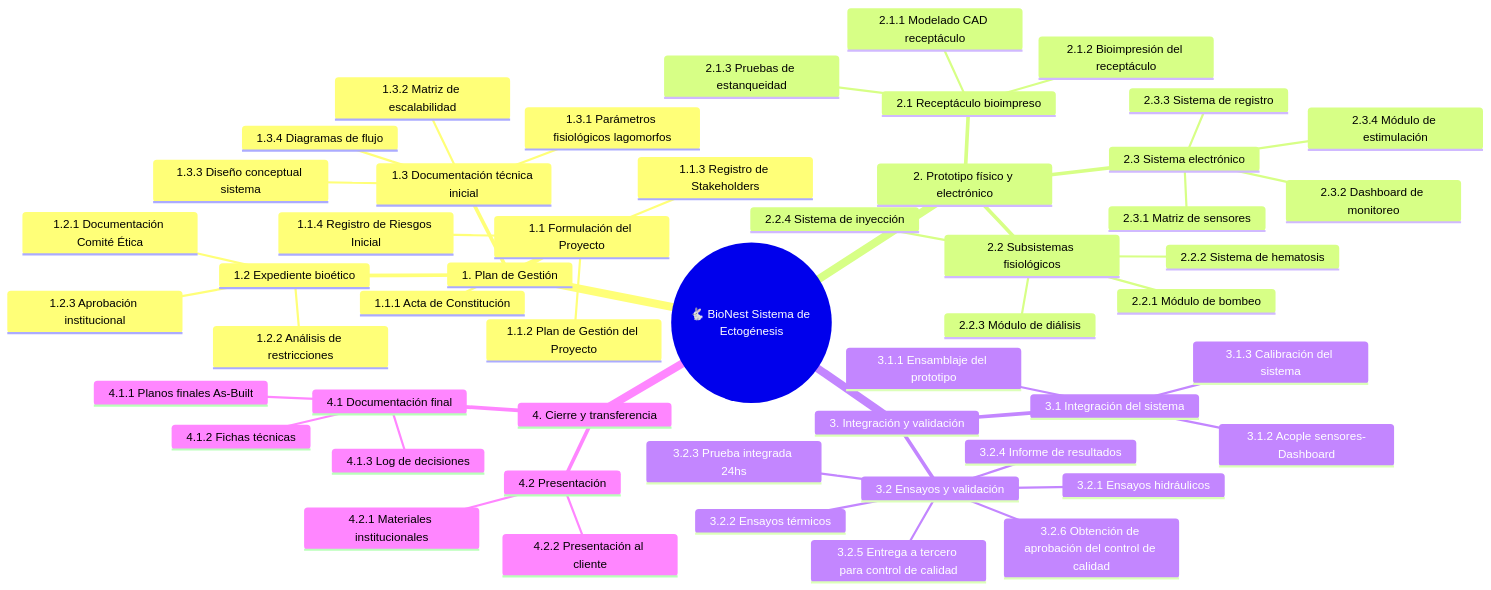
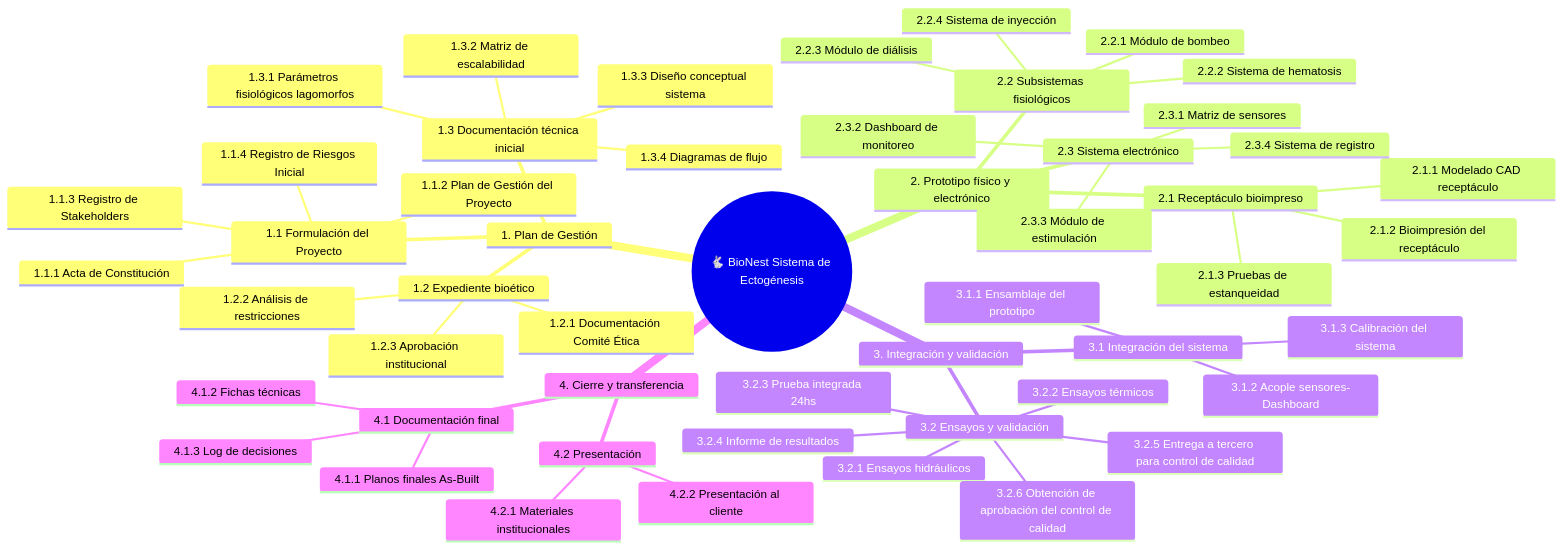
Before and after one commit to sheilariffel/PlandeProyecto_grupo6: the diagram in docs/02-wbs-estimaciones/wbs *.md, drawn with Mermaid. The commit also changed other lines of this file, not shown here.

Commit message:
Reorder tasks in WBS documentation

````diff
--- a/docs/02-wbs-estimaciones/wbs *.md
+++ b/docs/02-wbs-estimaciones/wbs *.md
@@ -5,58 +5,58 @@
 ```mermaid
 mindmap
   root(("🐇 BioNest Sistema de Ectogénesis"))
 
     1. Plan de Gestión
       1.1 Formulación del Proyecto
         1.1.1 Acta de Constitución
         1.1.2 Plan de Gestión del Proyecto
         1.1.3 Registro de Stakeholders
         1.1.4 Registro de Riesgos Inicial
       1.2 Expediente bioético
         1.2.1 Documentación Comité Ética
         1.2.2 Análisis de restricciones
         1.2.3 Aprobación institucional
       1.3 Documentación técnica inicial
         1.3.1 Parámetros fisiológicos lagomorfos
         1.3.2 Matriz de escalabilidad
         1.3.3 Diseño conceptual sistema
         1.3.4 Diagramas de flujo
 
     2. Prototipo físico y electrónico
       2.1 Receptáculo bioimpreso
         2.1.1 Modelado CAD receptáculo
         2.1.2 Bioimpresión del receptáculo
         2.1.3 Pruebas de estanqueidad
       2.2 Subsistemas fisiológicos
         2.2.1 Módulo de bombeo
         2.2.2 Sistema de hematosis
         2.2.3 Módulo de diálisis
         2.2.4 Sistema de inyección
       2.3 Sistema electrónico
         2.3.1 Matriz de sensores
         2.3.2 Dashboard de monitoreo
-        2.3.3 Sistema de registro
-        2.3.4 Módulo de estimulación
+        2.3.3 Módulo de estimulación
+        2.3.4 Sistema de registro
 
     3. Integración y validación
       3.1 Integración del sistema
         3.1.1 Ensamblaje del prototipo
         3.1.2 Acople sensores-Dashboard
         3.1.3 Calibración del sistema
       3.2 Ensayos y validación
         3.2.1 Ensayos hidráulicos
         3.2.2 Ensayos térmicos
         3.2.3 Prueba integrada 24hs
         3.2.4 Informe de resultados
         3.2.5 Entrega a tercero para control de calidad
         3.2.6 Obtención de aprobación del control de calidad
 
     4. Cierre y transferencia
       4.1 Documentación final
         4.1.1 Planos finales As-Built
         4.1.2 Fichas técnicas
         4.1.3 Log de decisiones
       4.2 Presentación
         4.2.1 Materiales institucionales
         4.2.2 Presentación al cliente
 ```
````
